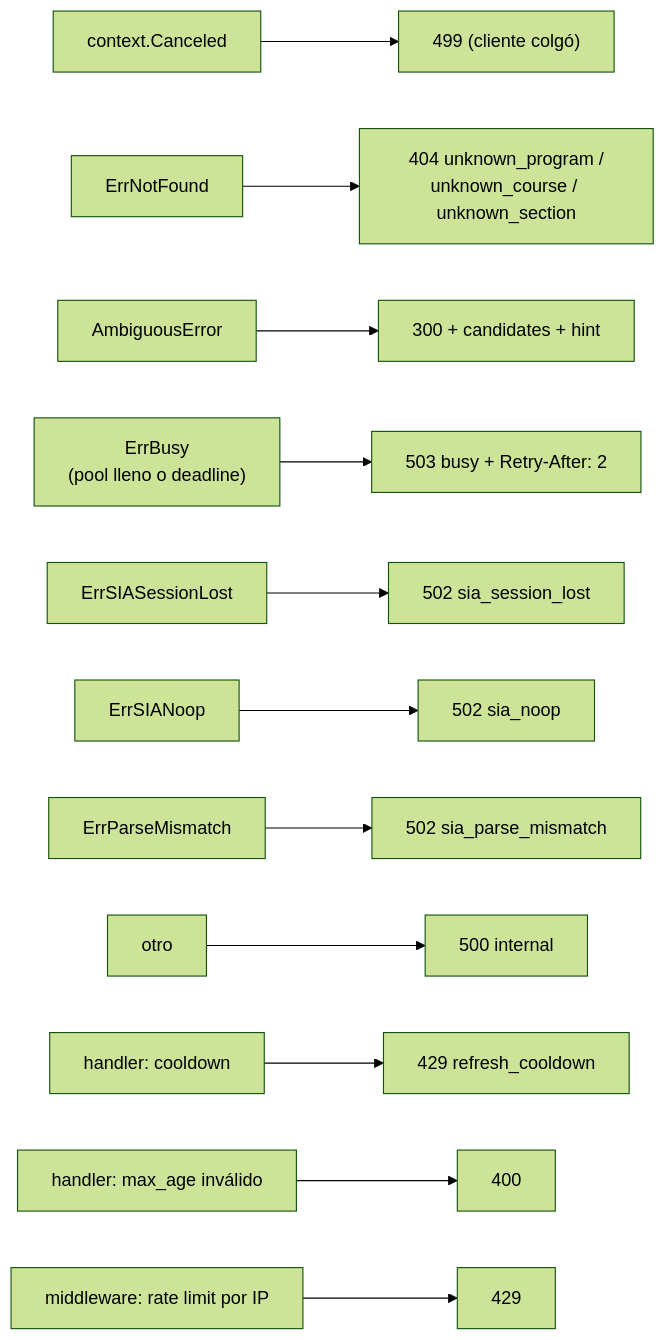
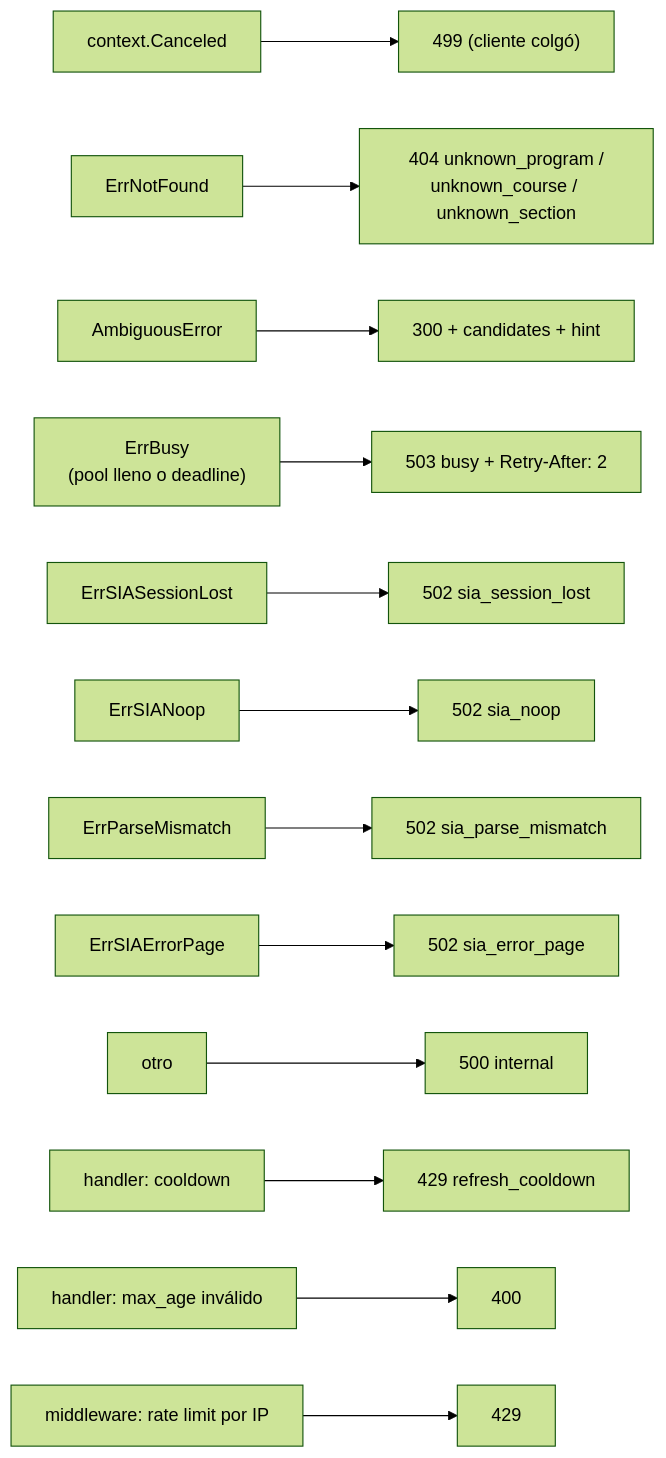
Diagram 17 of 20 in docs/DIAGRAMS.md (gabotachak/sia-unal-bridge), drawn with Mermaid (forest theme) before and after one commit. The commit also changed 7 other files, not shown here.

First line of the commit message:
fix: la página de error del SIA responde 502 sia_error_page y deja la conexión viva

````diff
--- a/docs/DIAGRAMS.md
+++ b/docs/DIAGRAMS.md
@@ -647,14 +647,15 @@
 ```mermaid
 flowchart LR
     e1["context.Canceled"] --> s499["499 (cliente colgó)"]
     e2["ErrNotFound"] --> s404["404 unknown_program /<br/>unknown_course / unknown_section"]
     e3["AmbiguousError"] --> s300["300 + candidates + hint"]
     e4["ErrBusy<br/>(pool lleno o deadline)"] --> s503["503 busy + Retry-After: 2"]
     e5["ErrSIASessionLost"] --> s502a["502 sia_session_lost"]
     e6["ErrSIANoop"] --> s502b["502 sia_noop"]
     e8["ErrParseMismatch"] --> s502c["502 sia_parse_mismatch"]
+    e9["ErrSIAErrorPage"] --> s502d["502 sia_error_page"]
     e7["otro"] --> s500["500 internal"]
     h1["handler: cooldown"] --> s429["429 refresh_cooldown"]
     h2["handler: max_age inválido"] --> s400["400"]
     h3["middleware: rate limit por IP"] --> s429b["429"]
 ```
````
